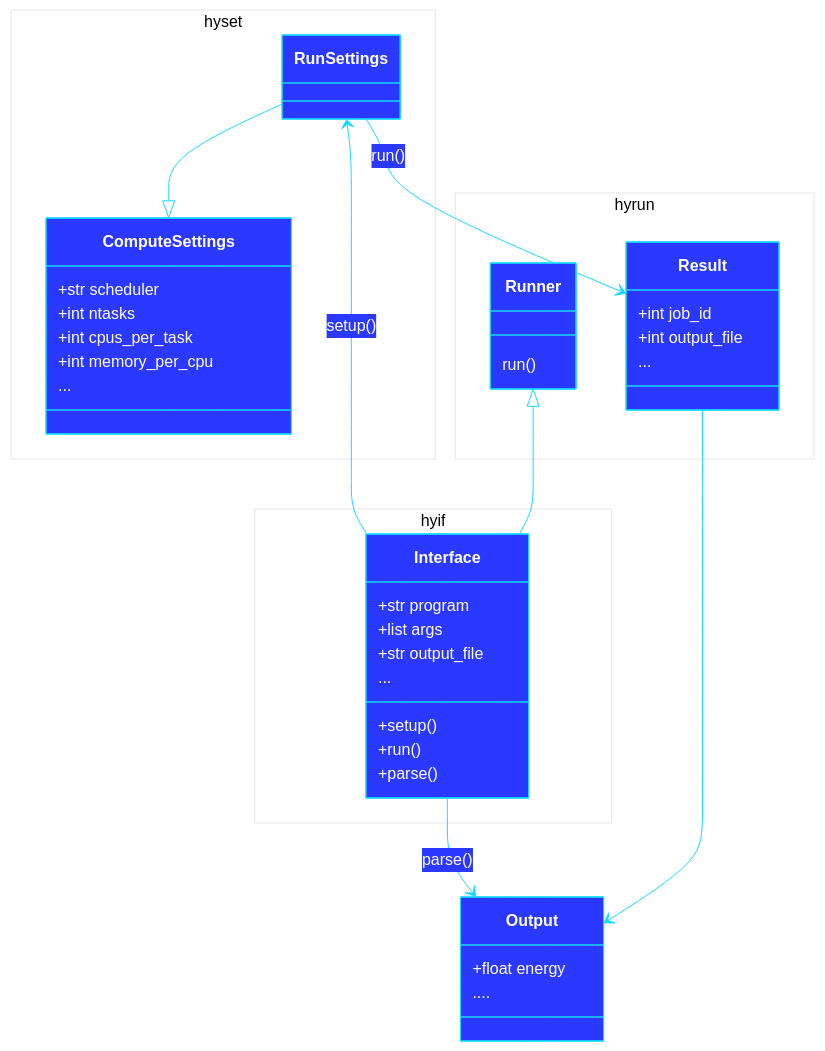
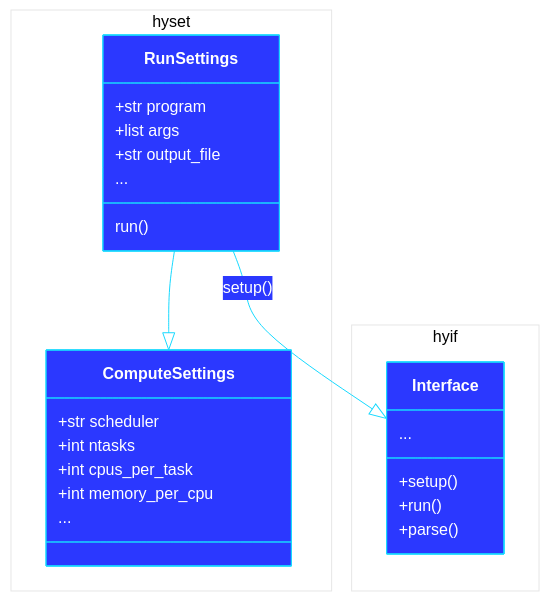
One commit to gdhjktru/hyrun changed the first of 4 diagrams in docs/src/setup/settings.rst. Above: the diagram before and after it, drawn with Mermaid. The commit also changed other lines of this file and 90 other files, not shown here.

```diff
--- a/docs/src/setup/settings.rst
+++ b/docs/src/setup/settings.rst
@@ -5,61 +5,44 @@
 .. mermaid::
 
     %%{
       init: {
         'theme': 'base',
         'themeVariables': {
           'primaryColor': '#2b38ff',
           'primaryTextColor': '#fff',
           'primaryBorderColor': '#17d9ff',
           'lineColor': '#17d9ff',
           'secondaryColor': '#17d9ff',
           'tertiaryColor': '#fff'
         }
       }
     }%%
 
-
     classDiagram
         RunSettings --|> ComputeSettings
-        RunSettings <-- Interface : setup()
-        Runner <|-- Interface 
-        RunSettings --> Result : run()
-        Interface --> Output : parse()
-        Result --> Output
+        RunSettings --|> Interface : setup()
+
         namespace hyset {
           class ComputeSettings{
             +str scheduler
             +int ntasks
             +int cpus_per_task
             +int memory_per_cpu
             ...
           }
           class RunSettings{
+            +str program
+            +list args
+            +str output_file
+            ...
+            run()
           }
         }
         namespace hyif {
           class Interface{
-            +str program
-            +list args
-            +str output_file
             ...
             +setup()
             +run()
             +parse()
           }
         }
-        namespace hyrun {
-          class Runner{
-          run()
-          }
-          class Result{
-          +int job_id
-          +int output_file
-          ...
-          }
-
-        }
-        class Output{
-          +float energy
-          ....
-        }
```
